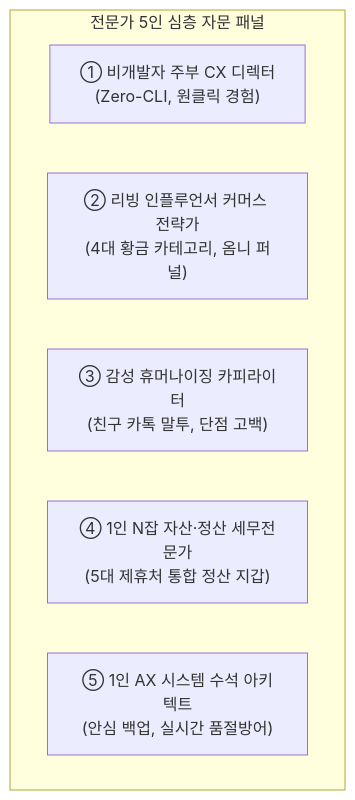
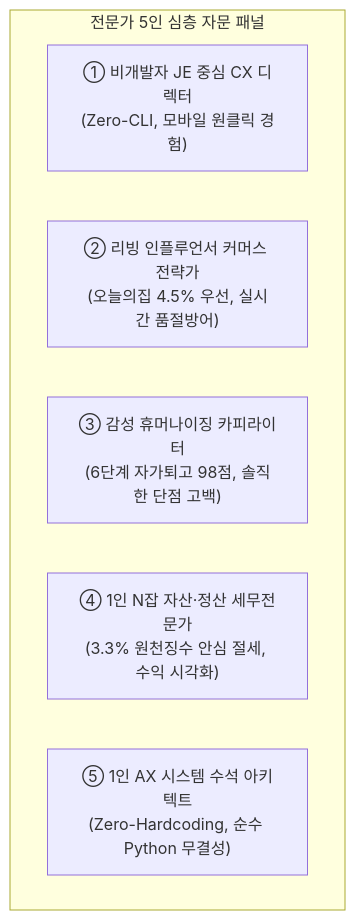
The first of 2 diagrams in JE_DESK_WIFE_CUSTOM_ROADMAP.md (neo-alpha-research/JE-Desk), drawn with Mermaid before and after one commit. The commit also changed other lines of this file and 18 other files, not shown here.

````diff
--- a/JE_DESK_WIFE_CUSTOM_ROADMAP.md
+++ b/JE_DESK_WIFE_CUSTOM_ROADMAP.md
@@ -23,10 +24,10 @@
 ```mermaid
 flowchart TD
     subgraph Panel["전문가 5인 심층 자문 패널"]
-        E1["① 비개발자 주부 CX 디렉터<br/>(Zero-CLI, 원클릭 경험)"]
-        E2["② 리빙 인플루언서 커머스 전략가<br/>(4대 황금 카테고리, 옴니 퍼널)"]
-        E3["③ 감성 휴머나이징 카피라이터<br/>(친구 카톡 말투, 단점 고백)"]
-        E4["④ 1인 N잡 자산·정산 세무전문가<br/>(5대 제휴처 통합 정산 지갑)"]
-        E5["⑤ 1인 AX 시스템 수석 아키텍트<br/>(안심 백업, 실시간 품절방어)"]
+        E1["① 비개발자 JE 중심 CX 디렉터<br/>(Zero-CLI, 모바일 원클릭 경험)"]
+        E2["② 리빙 인플루언서 커머스 전략가<br/>(오늘의집 4.5% 우선, 실시간 품절방어)"]
+        E3["③ 감성 휴머나이징 카피라이터<br/>(6단계 자가퇴고 98점, 솔직한 단점 고백)"]
+        E4["④ 1인 N잡 자산·정산 세무전문가<br/>(3.3% 원천징수 안심 절세, 수익 시각화)"]
+        E5["⑤ 1인 AX 시스템 수석 아키텍트<br/>(Zero-Hardcoding, 순수 Python 무결성)"]
     end
 ```
````
